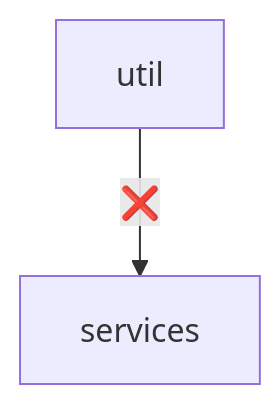
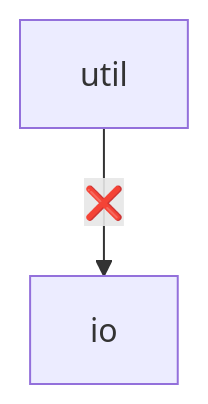
The third of 3 diagrams in README-TEMPLATE.md (mattriley/node-module-composer), drawn with Mermaid before and after one commit. The commit also changed 1 other file, not shown here.

Commit message:
Unspecified changes

````diff
--- a/README-TEMPLATE.md
+++ b/README-TEMPLATE.md
@@ -240,4 +240,4 @@
 ```mermaid
 graph TD;
-    util-->|❌| services;
+    util-->|❌|io
 ```
````
